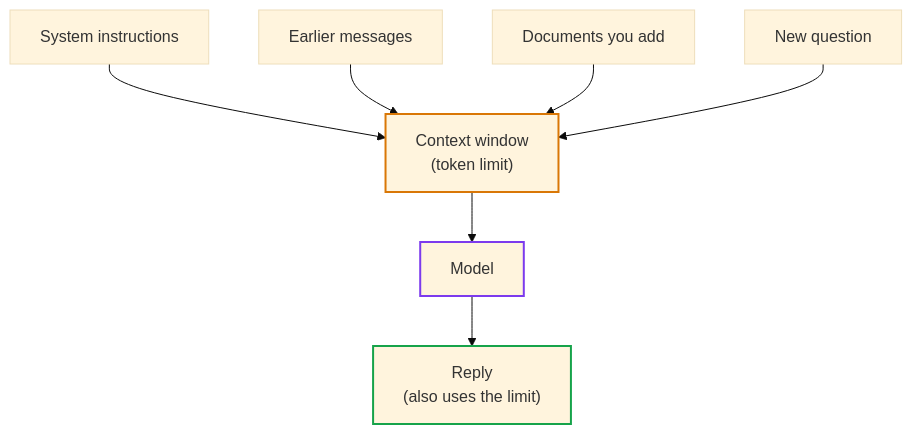
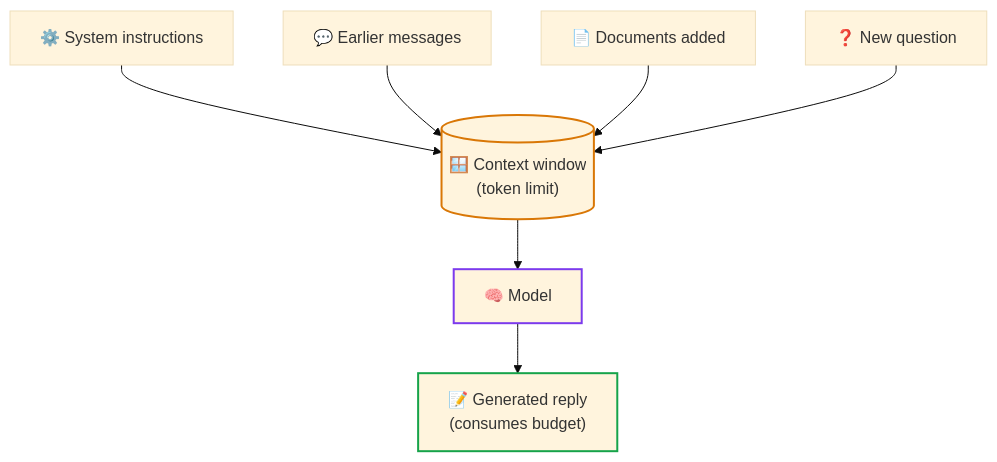
One commit to dip4k/senior-engineer-to-ai-engineer-roadmap changed the second of 2 diagrams in 00-foundations-and-token-mechanics/00-what-is-an-llm.md. Above: the diagram before and after it, drawn with Mermaid (base theme). The commit also changed other lines of this file and 39 other files, not shown here.

First line of the commit message:
feat(curriculum): upgrade mermaid diagrams with unicode icons & codify anti-bloat layout rules

````diff
--- a/00-foundations-and-token-mechanics/00-what-is-an-llm.md
+++ b/00-foundations-and-token-mechanics/00-what-is-an-llm.md
@@ -86,13 +89,13 @@
 ```mermaid
 flowchart TD
-    A["System instructions"] --> W["Context window<br>(token limit)"]
-    B["Earlier messages"] --> W
-    C["Documents you add"] --> W
-    D["New question"] --> W
-    W --> M["Model"]
-    M --> R["Reply<br>(also uses the limit)"]
+    A["⚙️ System instructions"] --> W[("🪟 Context window<br>(token limit)")]
+    B["💬 Earlier messages"] --> W
+    C["📄 Documents added"] --> W
+    D["❓ New question"] --> W
+    W --> M["🧠 Model"]
+    M --> R["📝 Generated reply<br>(consumes budget)"]
 
     style W stroke:#d97706,stroke-width:2px
     style M stroke:#7c3aed,stroke-width:2px
     style R stroke:#16a34a,stroke-width:2px
 ```
````
